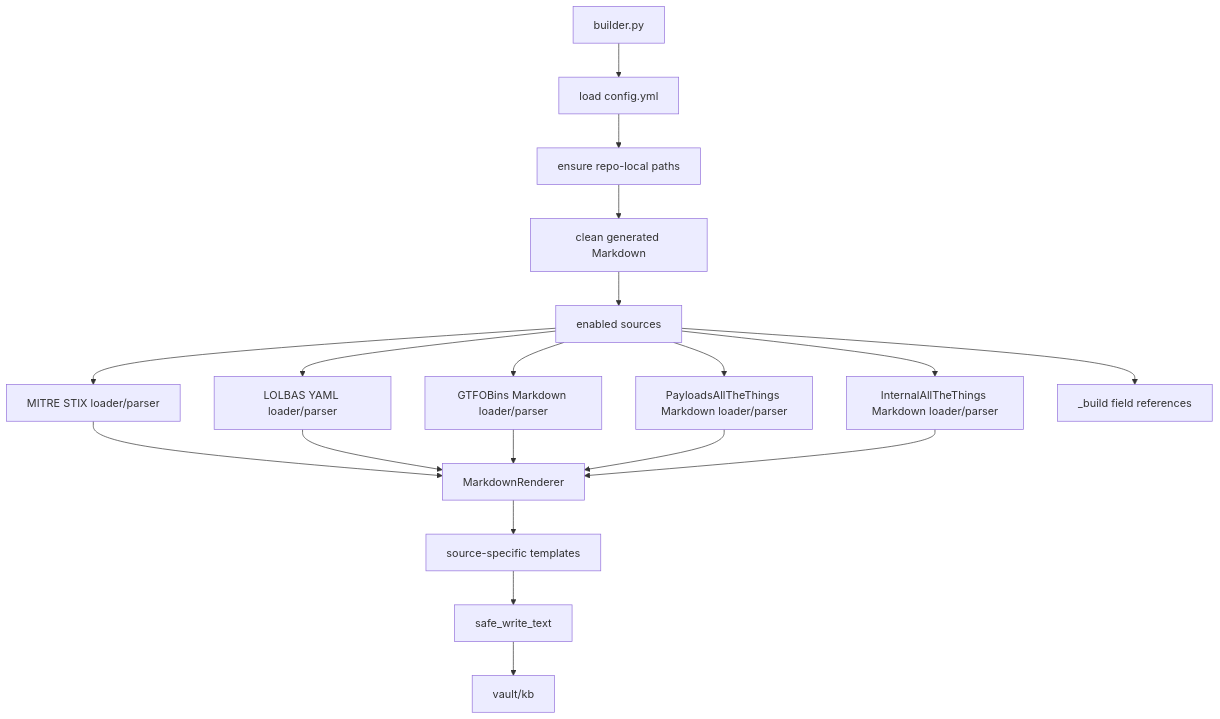
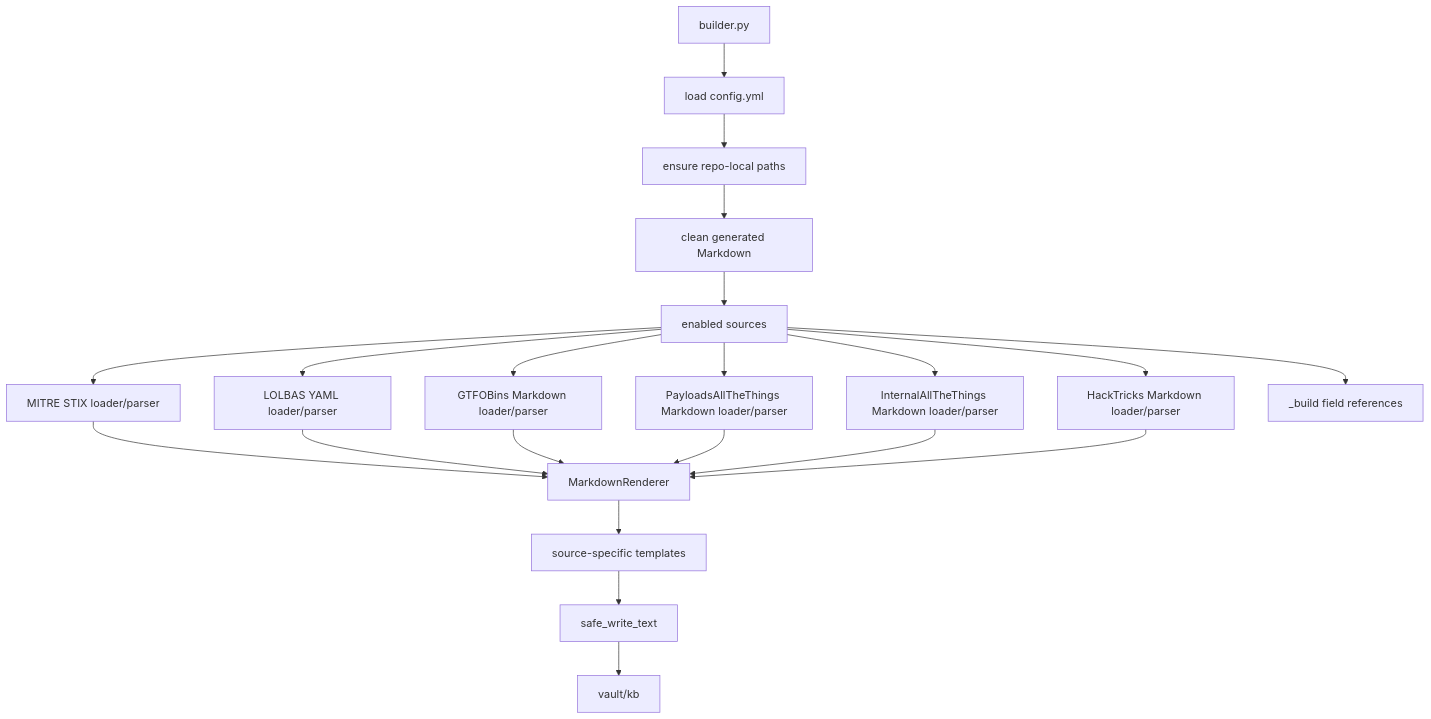
The diagram in docs/architecture.md (scorchederf/focuslocust), drawn with Mermaid before and after one commit. The commit also changed other lines of this file and 1752 other files, not shown here.

````diff
--- a/docs/architecture.md
+++ b/docs/architecture.md
@@ -5,21 +5,23 @@
 ```mermaid
 flowchart TD
     CLI[builder.py] --> Config[load config.yml]
     Config --> Paths[ensure repo-local paths]
     Paths --> Clean[clean generated Markdown]
     Clean --> Sources[enabled sources]
     Sources --> MITRE[MITRE STIX loader/parser]
     Sources --> LOLBAS[LOLBAS YAML loader/parser]
     Sources --> GTFOBins[GTFOBins Markdown loader/parser]
     Sources --> PATT[PayloadsAllTheThings Markdown loader/parser]
     Sources --> IATT[InternalAllTheThings Markdown loader/parser]
+    Sources --> HackTricks[HackTricks Markdown loader/parser]
     MITRE --> Renderer[MarkdownRenderer]
     LOLBAS --> Renderer
     GTFOBins --> Renderer
     PATT --> Renderer
     IATT --> Renderer
+    HackTricks --> Renderer
     Renderer --> Templates[source-specific templates]
     Templates --> SafeWrite[safe_write_text]
     SafeWrite --> Vault[vault/kb]
     Sources --> BuildSummary[_build field references]
 ```
````
